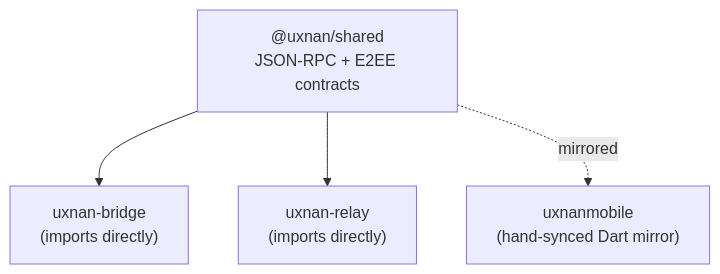
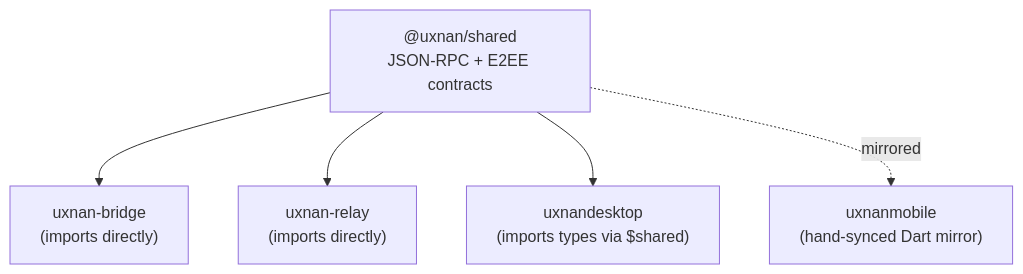
The diagram in shared/README.md (luisgamas/uxnan), drawn with Mermaid before and after one commit. The commit also changed other lines of this file and 13 other files, not shown here.

````diff
--- a/shared/README.md
+++ b/shared/README.md
@@ -35,10 +38,12 @@
 ```mermaid
 flowchart TB
   shared["@uxnan/shared<br/>JSON-RPC + E2EE contracts"]
   bridge["uxnan-bridge<br/>(imports directly)"]
   relay["uxnan-relay<br/>(imports directly)"]
+  desktop["uxnandesktop<br/>(imports types via $shared)"]
   mobile["uxnanmobile<br/>(hand-synced Dart mirror)"]
   shared --> bridge
   shared --> relay
+  shared --> desktop
   shared -. mirrored .-> mobile
 ```
````
